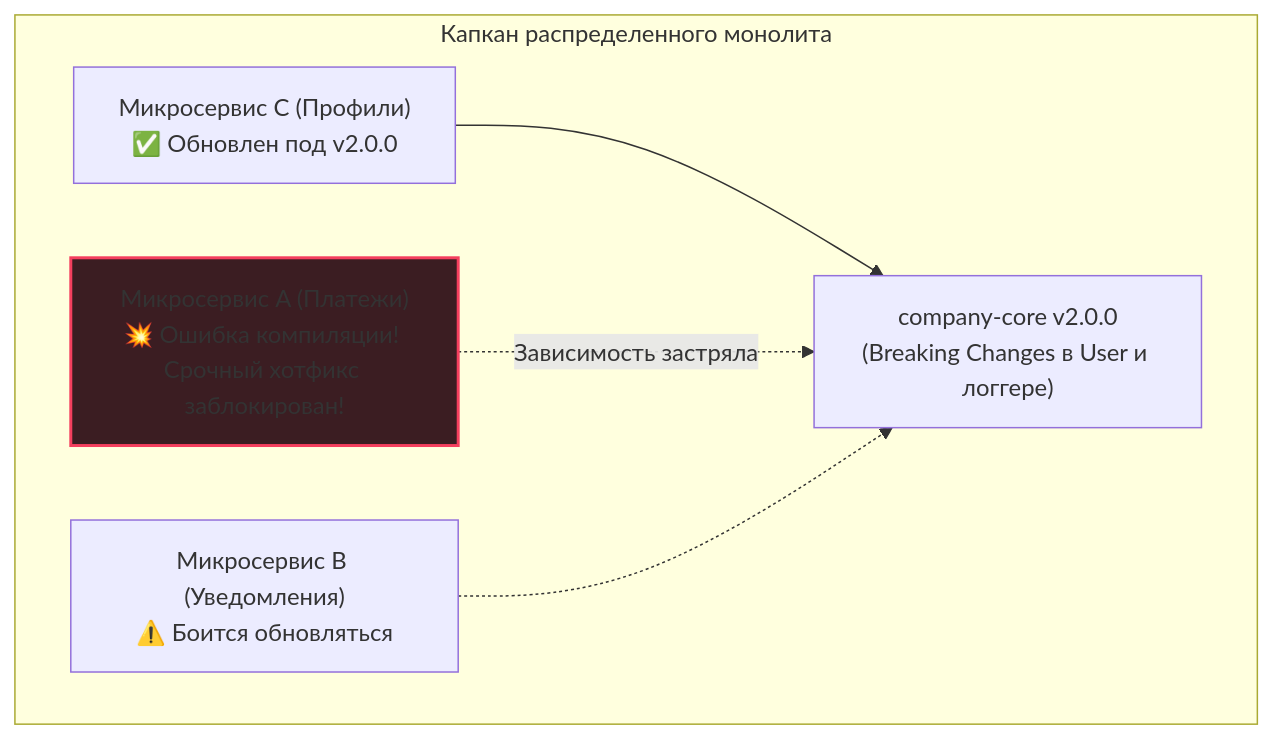
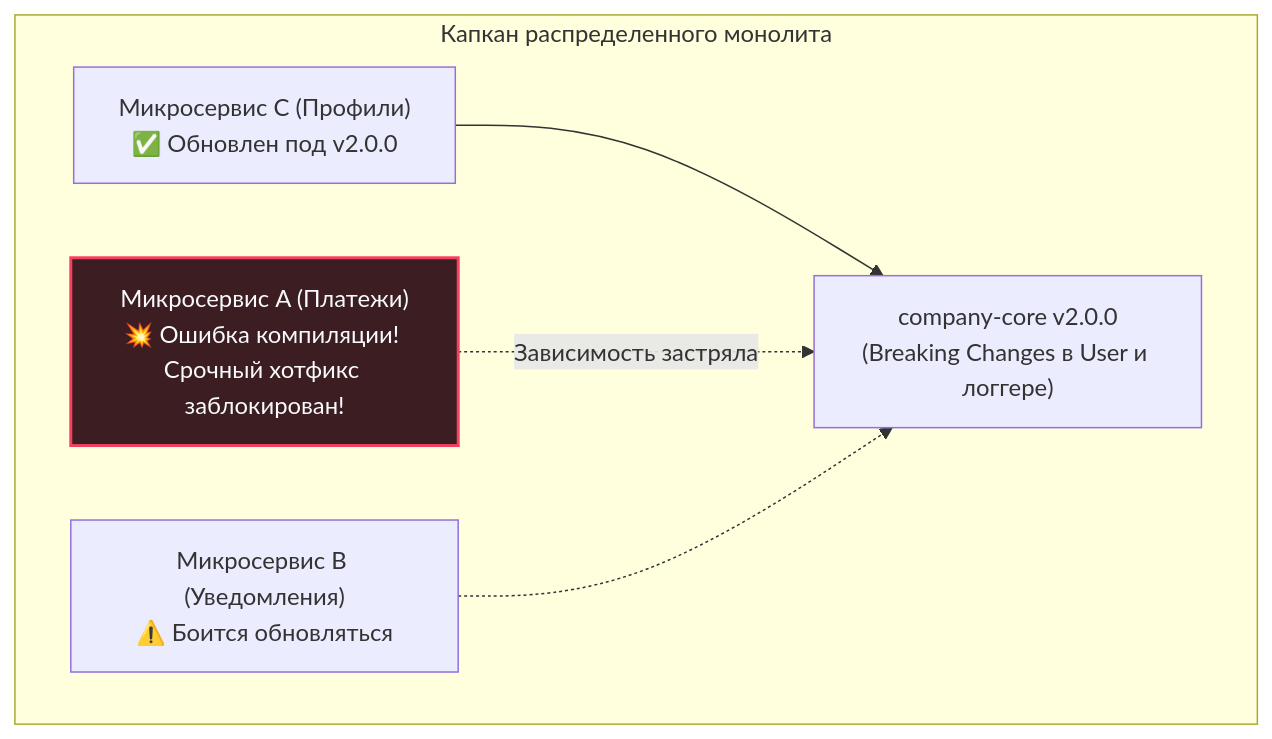
One commit to UnrealTemplier/go-textbook changed the second of 4 diagrams in sources/14. Распределенные системы на Go/08. Практика/2. Shared libraries vs copy paste.md. Above: the diagram before and after it, drawn with Mermaid. The commit also changed other lines of this file and 310 other files, not shown here.

First line of the commit message:
fix(mermaid): replace light fill colors with dark palette for readability on dark theme

````diff
--- a/sources/14. Распределенные системы на Go/08. Практика/2. Shared libraries vs copy paste.md
+++ b/sources/14. Распределенные системы на Go/08. Практика/2. Shared libraries vs copy paste.md
@@ -39,11 +39,11 @@
 ```mermaid
 flowchart TD
     subgraph Hell["Капкан распределенного монолита"]
         CoreNew["company-core v2.0.0\n(Breaking Changes в User и логгере)"]
         ServiceC["Микросервис C (Профили)\n✅ Обновлен под v2.0.0"] --> CoreNew
         ServiceA["Микросервис A (Платежи)\n💥 Ошибка компиляции! Срочный хотфикс заблокирован!"] -.->|"Зависимость застряла"| CoreNew
         ServiceB["Микросервис B (Уведомления)\n⚠️ Боится обновляться"] -.-> CoreNew
     end
 
-    style ServiceA fill:#3b1d22,stroke:#f43f5e,stroke-width:2px
+    style ServiceA fill:#3b1d22,stroke:#f43f5e,stroke-width:2px,color:#f8fafc
 ```
````
